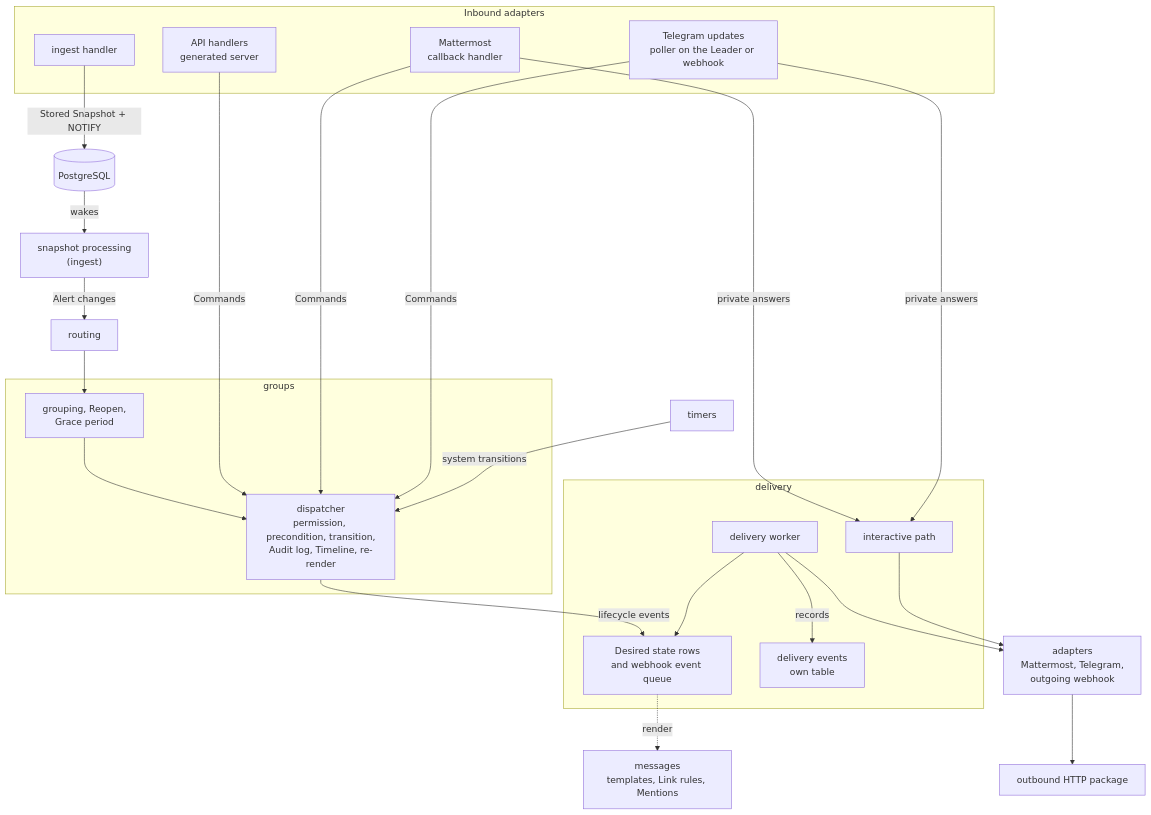
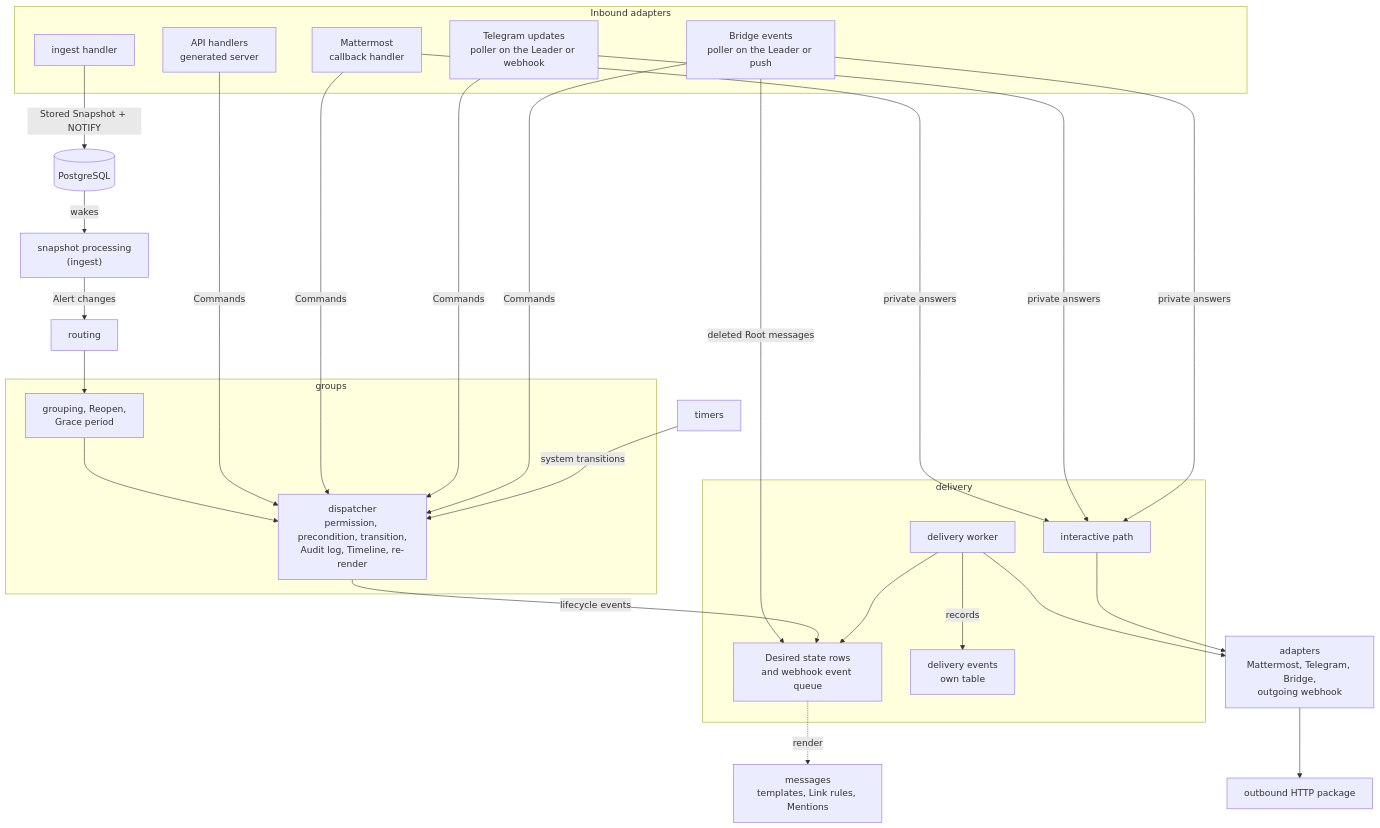
The third of 27 diagrams in design/architecture.md (muster-io/muster), drawn with Mermaid before and after one commit. The commit also changed other lines of this file and 74 other files, not shown here.

Commit message:
feat(bridge): receive bridge events by polling and push and run text commands (#253)

````diff
--- a/design/architecture.md
+++ b/design/architecture.md
@@ -190,47 +190,50 @@
 ```mermaid
 flowchart TB
     subgraph inbound["Inbound adapters"]
         ingestH["ingest handler"]
         apiH["API handlers<br/>generated server"]
         mmCb["Mattermost<br/>callback handler"]
         tgUp["Telegram updates<br/>poller on the Leader or webhook"]
+        brEv["Bridge events<br/>poller on the Leader or push"]
     end
 
     processing["snapshot processing<br/>(ingest)"]
     routing["routing"]
 
     subgraph groups["groups"]
         grouping["grouping, Reopen,<br/>Grace period"]
         dispatcher["dispatcher<br/>permission, precondition, transition,<br/>Audit log, Timeline, re-render"]
     end
 
     timers["timers"]
     messages["messages<br/>templates, Link rules, Mentions"]
 
     subgraph delivery["delivery"]
         desired["Desired state rows<br/>and webhook event queue"]
         worker["delivery worker"]
         devents["delivery events<br/>own table"]
         interactive["interactive path"]
     end
 
-    adapters["adapters<br/>Mattermost, Telegram,<br/>outgoing webhook"]
+    adapters["adapters<br/>Mattermost, Telegram, Bridge,<br/>outgoing webhook"]
     outbound["outbound HTTP package"]
     db[("PostgreSQL")]
 
     ingestH -- "Stored Snapshot + NOTIFY" --> db
     db -- "wakes" --> processing
     processing -- "Alert changes" --> routing --> grouping --> dispatcher
     apiH -- "Commands" --> dispatcher
     mmCb -- "Commands" --> dispatcher
     tgUp -- "Commands" --> dispatcher
+    brEv -- "Commands" --> dispatcher
+    brEv -- "deleted Root messages" --> desired
     timers -- "system transitions" --> dispatcher
     dispatcher -- "lifecycle events" --> desired
     desired -. "render" .-> messages
     worker --> desired
     worker -- "records" --> devents
     worker --> adapters
-    mmCb & tgUp -- "private answers" --> interactive
+    mmCb & tgUp & brEv -- "private answers" --> interactive
     interactive --> adapters
     adapters --> outbound
 ```
````
